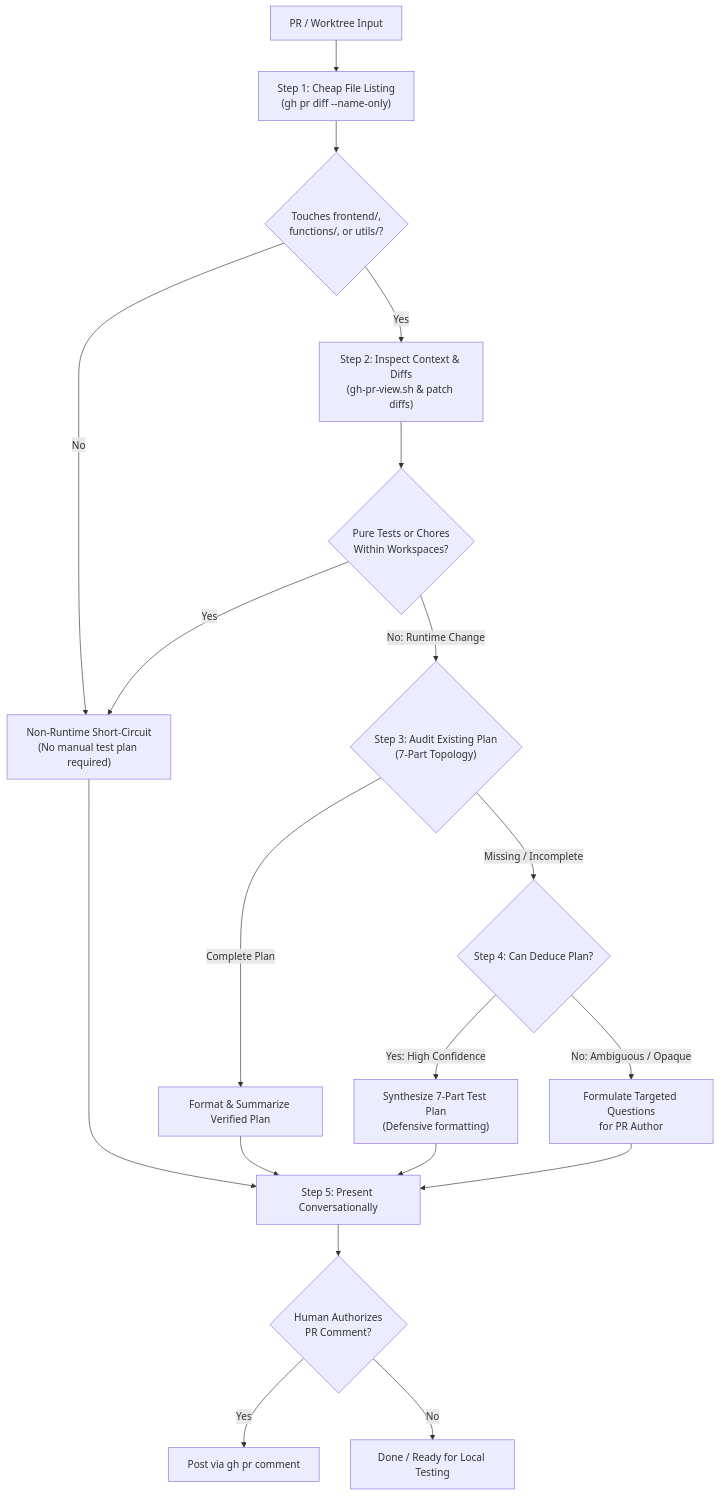
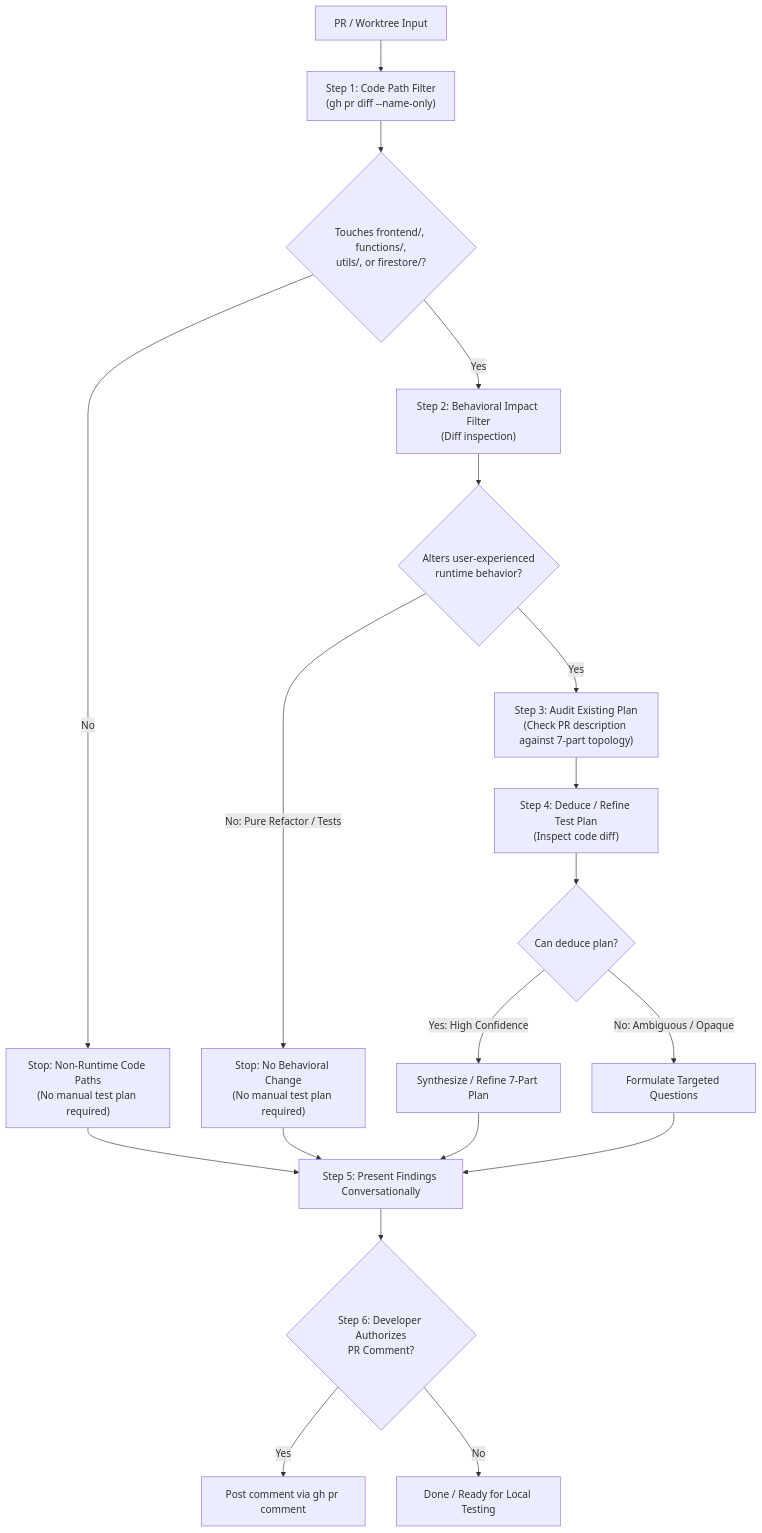
One commit to PAIR-code/deliberate-lab changed the diagram in .agents/skills/pr-test-plan/SKILL.md. Above: the diagram before and after it, drawn with Mermaid. The commit also changed other lines of this file and 1 other file, not shown here.

Commit message:
refactor(skills): streamline pr-test-plan to focus on user-experienced runtime behavior (#1254)

````diff
--- a/.agents/skills/pr-test-plan/SKILL.md
+++ b/.agents/skills/pr-test-plan/SKILL.md
@@ -29,21 +29,21 @@
 ```mermaid
 flowchart TD
-    Start["PR / Worktree Input"] --> Step1["Step 1: Cheap File Listing<br>(gh pr diff --name-only)"]
-    Step1 --> ShortCircuit{"Touches frontend/,<br>functions/, or utils/?"}
-    ShortCircuit -->|No| NonRuntime["Non-Runtime Short-Circuit<br>(No manual test plan required)"]
-    ShortCircuit -->|Yes| Step2["Step 2: Inspect Context & Diffs<br>(gh-pr-view.sh & patch diffs)"]
-    Step2 --> Classify{"Pure Tests or Chores<br>Within Workspaces?"}
-    Classify -->|Yes| NonRuntime
-    Classify -->|No: Runtime Change| Audit{"Step 3: Audit Existing Plan<br>(7-Part Topology)"}
-    Audit -->|Complete Plan| Verify["Format & Summarize Verified Plan"]
-    Audit -->|Missing / Incomplete| Deduce{"Step 4: Can Deduce Plan?"}
-    Deduce -->|Yes: High Confidence| Synthesize["Synthesize 7-Part Test Plan<br>(Defensive formatting)"]
-    Deduce -->|No: Ambiguous / Opaque| Guidance["Formulate Targeted Questions<br>for PR Author"]
-    NonRuntime --> Present["Step 5: Present Conversationally"]
-    Verify --> Present
-    Synthesize --> Present
-    Guidance --> Present
-    Present --> Auth{"Human Authorizes<br>PR Comment?"}
-    Auth -->|Yes| PostComment["Post via gh pr comment"]
-    Auth -->|No| Done["Done / Ready for Local Testing"]
+    Start["PR / Worktree Input"] --> Step1["Step 1: Code Path Filter<br>(gh pr diff --name-only)"]
+    Step1 --> TouchRuntime{"Touches frontend/, functions/,<br>utils/, or firestore/?"}
+    TouchRuntime -->|No| NonRuntime["Stop: Non-Runtime Code Paths<br>(No manual test plan required)"]
+    TouchRuntime -->|Yes| Step2["Step 2: Behavioral Impact Filter<br>(Diff inspection)"]
+    Step2 --> ChangesBehavior{"Alters user-experienced<br>runtime behavior?"}
+    ChangesBehavior -->|No: Pure Refactor / Tests| NoBehaviorChange["Stop: No Behavioral Change<br>(No manual test plan required)"]
+    ChangesBehavior -->|Yes| Step3["Step 3: Audit Existing Plan<br>(Check PR description against 7-part topology)"]
+    Step3 --> Step4["Step 4: Deduce / Refine Test Plan<br>(Inspect code diff)"]
+    Step4 --> Deduce{"Can deduce plan?"}
+    Deduce -->|Yes: High Confidence| Synthesize["Synthesize / Refine 7-Part Plan"]
+    Deduce -->|No: Ambiguous / Opaque| TargetedQuestions["Formulate Targeted Questions"]
+    NonRuntime --> Step5["Step 5: Present Findings Conversationally"]
+    NoBehaviorChange --> Step5
+    Synthesize --> Step5
+    TargetedQuestions --> Step5
+    Step5 --> Step6{"Step 6: Developer Authorizes<br>PR Comment?"}
+    Step6 -->|Yes| PostComment["Post comment via gh pr comment"]
+    Step6 -->|No| Done["Done / Ready for Local Testing"]
 ```
````
